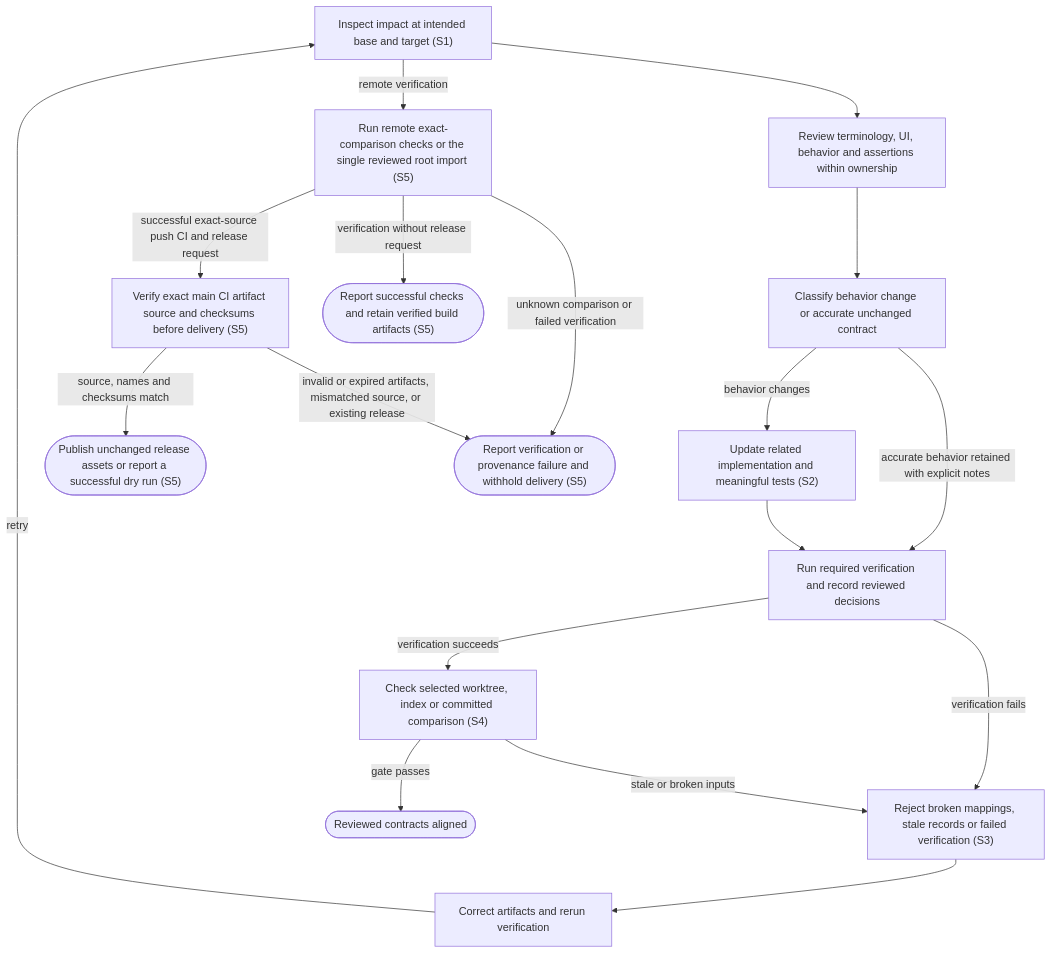
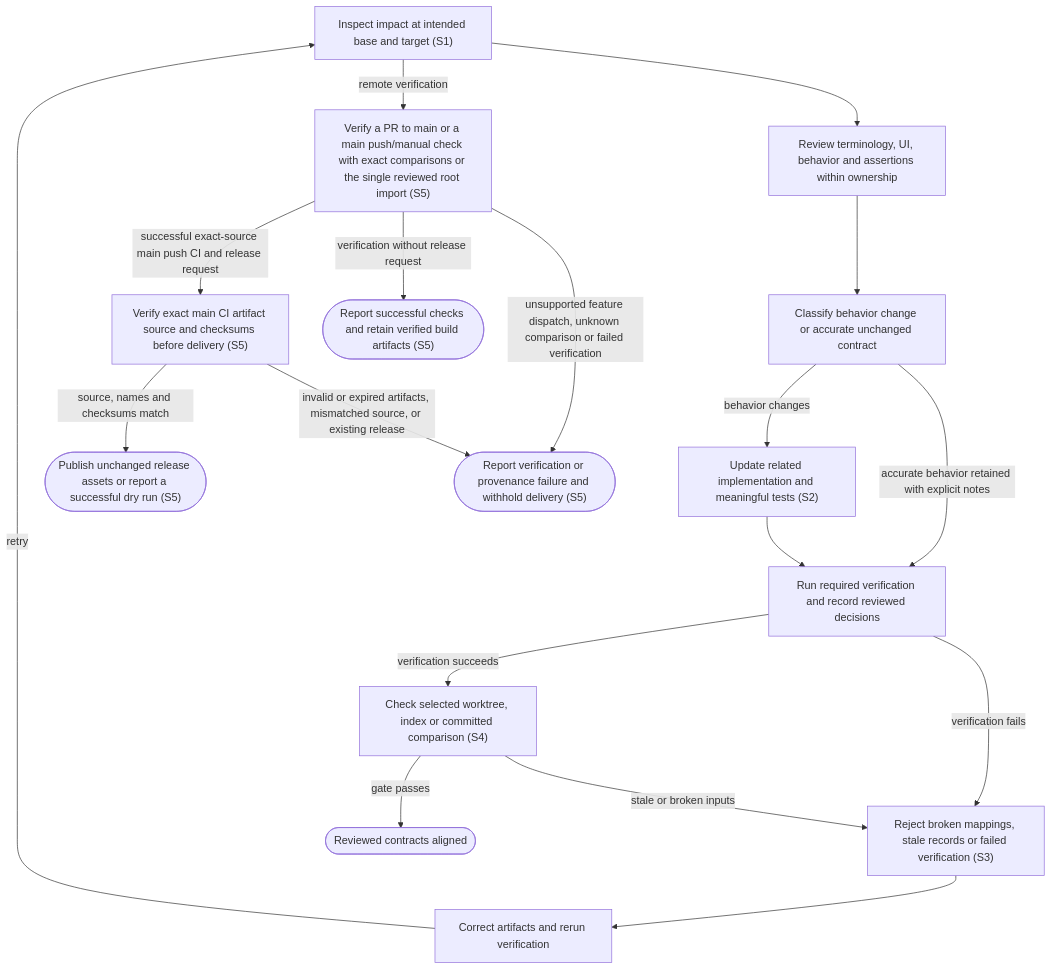
The diagram in docs/user-flows/maintain-flow-contracts.md (dk-code-factory/code-factory-plugin), drawn with Mermaid before and after one commit. The commit also changed other lines of this file and 5 other files, not shown here.

First line of the commit message:
Verify feature branches through pull requests

````diff
--- a/docs/user-flows/maintain-flow-contracts.md
+++ b/docs/user-flows/maintain-flow-contracts.md
@@ -46,34 +46,34 @@
 ```mermaid
 flowchart TD
     N0["Inspect impact at intended base and target #40;S1#41;"]
     N1["Review terminology, UI, behavior and assertions within ownership"]
     N2["Classify behavior change or accurate unchanged contract"]
     N3["Update related implementation and meaningful tests #40;S2#41;"]
     N4["Run required verification and record reviewed decisions"]
     N5["Check selected worktree, index or committed comparison #40;S4#41;"]
     N6["Reject broken mappings, stale records or failed verification #40;S3#41;"]
     N7["Correct artifacts and rerun verification"]
     N8(["Reviewed contracts aligned"])
-    N9["Run remote exact-comparison checks or the single reviewed root import #40;S5#41;"]
+    N9["Verify a PR to main or a main push/manual check with exact comparisons or the single reviewed root import #40;S5#41;"]
     N10["Verify exact main CI artifact source and checksums before delivery #40;S5#41;"]
     N11(["Publish unchanged release assets or report a successful dry run #40;S5#41;"])
     N12(["Report successful checks and retain verified build artifacts #40;S5#41;"])
     N13(["Report verification or provenance failure and withhold delivery #40;S5#41;"])
     N0 --> N1
     N1 --> N2
     N2 -->|"behavior changes"| N3
     N2 -->|"accurate behavior retained with explicit notes"| N4
     N3 --> N4
     N4 -->|"verification succeeds"| N5
     N4 -->|"verification fails"| N6
     N5 -->|"stale or broken inputs"| N6
     N6 --> N7
     N7 -->|"retry"| N0
     N5 -->|"gate passes"| N8
     N0 -->|"remote verification"| N9
-    N9 -->|"successful exact-source push CI and release request"| N10
+    N9 -->|"successful exact-source main push CI and release request"| N10
     N10 -->|"source, names and checksums match"| N11
     N9 -->|"verification without release request"| N12
-    N9 -->|"unknown comparison or failed verification"| N13
+    N9 -->|"unsupported feature dispatch, unknown comparison or failed verification"| N13
     N10 -->|"invalid or expired artifacts, mismatched source, or existing release"| N13
 ```
````
